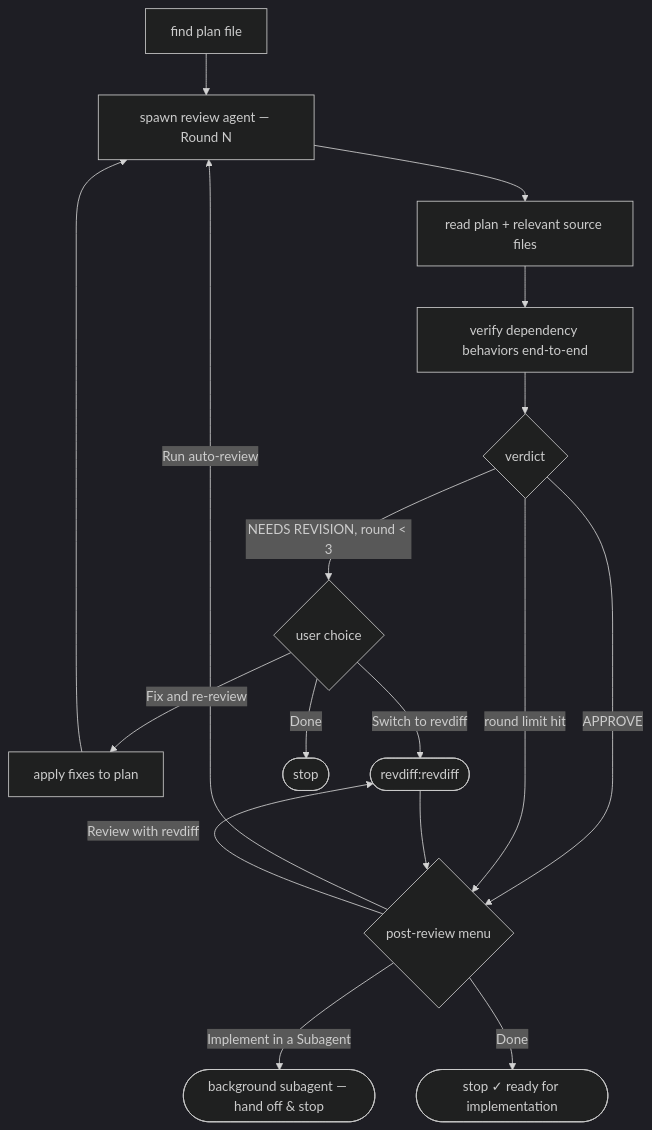
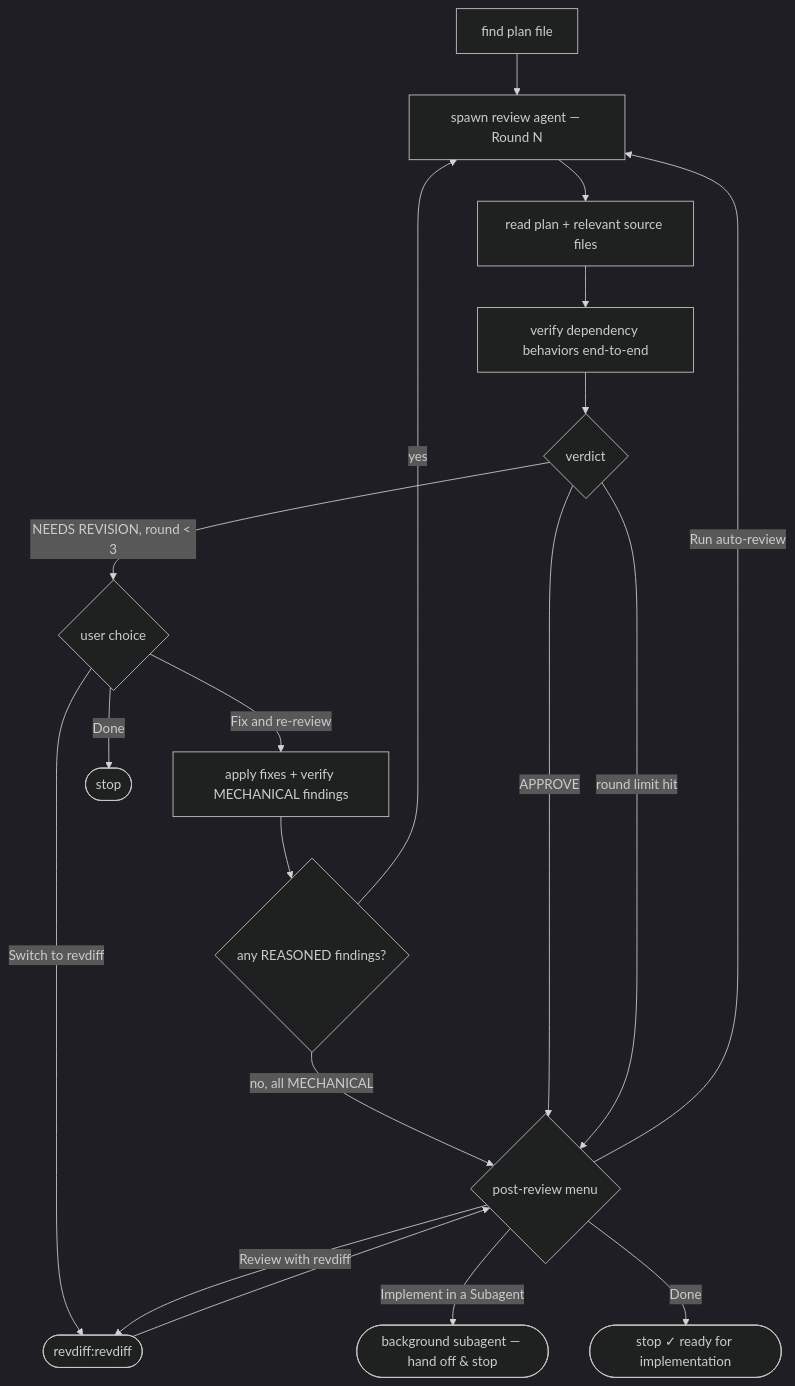
One commit to parMaster/claude-dlc changed the third of 4 diagrams in README.md. Above: the diagram before and after it, drawn with Mermaid (dark theme). The commit also changed other lines of this file and 3 other files, not shown here.

First line of the commit message:
feat: gate review-plan rounds on mechanical vs reasoned findings

````diff
--- a/README.md
+++ b/README.md
@@ -108,19 +108,21 @@
 ```mermaid
 flowchart TD
     A["find plan file"] --> B["spawn review agent — Round N"]
     B --> C["read plan + relevant source files"]
     C --> D["verify dependency behaviors end-to-end"]
     D --> E{"verdict"}
     E -->|"NEEDS REVISION, round < 3"| G{"user choice"}
-    G -->|"Fix and re-review"| H["apply fixes to plan"]
-    H --> B
+    G -->|"Fix and re-review"| H["apply fixes + verify MECHANICAL findings"]
+    H --> H2{"any REASONED findings?"}
+    H2 -->|yes| B
+    H2 -->|"no, all MECHANICAL"| M
     G -->|"Switch to revdiff"| RD(["revdiff:revdiff"])
     G -->|Done| STOP(["stop"])
     E -->|APPROVE| M{"post-review menu"}
     E -->|"round limit hit"| M
     M -->|"Run auto-review"| B
     M -->|"Review with revdiff"| RD
     RD --> M
     M -->|"Implement in a Subagent"| SUB(["background subagent — hand off & stop"])
     M -->|Done| STOP2(["stop ✓ ready for implementation"])
 ```
````
